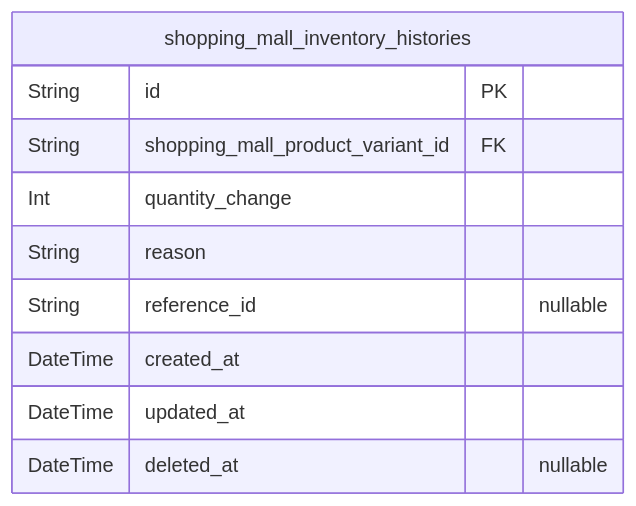
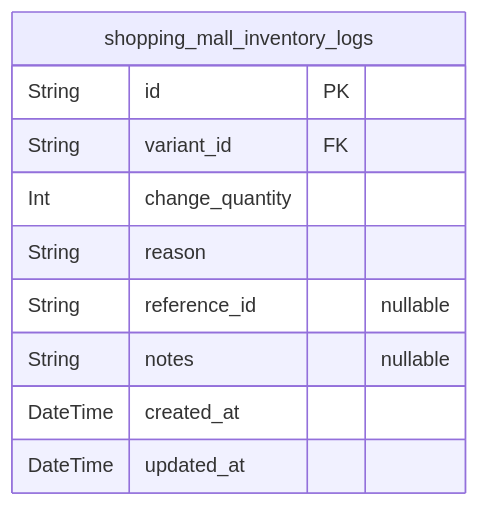
Before and after one commit to wrtnlabs/autobe-examples: the fourth of 10 diagrams in qwen/qwen3-next-80b-a3b-instruct/shopping/docs/ERD.md, drawn with Mermaid. The commit also changed other lines of this file and 25939 other files, not shown here.

````diff
--- a/qwen/qwen3-next-80b-a3b-instruct/shopping/docs/ERD.md
+++ b/qwen/qwen3-next-80b-a3b-instruct/shopping/docs/ERD.md
@@ -864,13 +900,13 @@
 ```mermaid
 erDiagram
-"shopping_mall_inventory_histories" {
+"shopping_mall_inventory_logs" {
   String id PK
-  String shopping_mall_product_variant_id FK
-  Int quantity_change
+  String variant_id FK
+  Int change_quantity
   String reason
   String reference_id "nullable"
+  String notes "nullable"
   DateTime created_at
   DateTime updated_at
-  DateTime deleted_at "nullable"
 }
 ```
````
